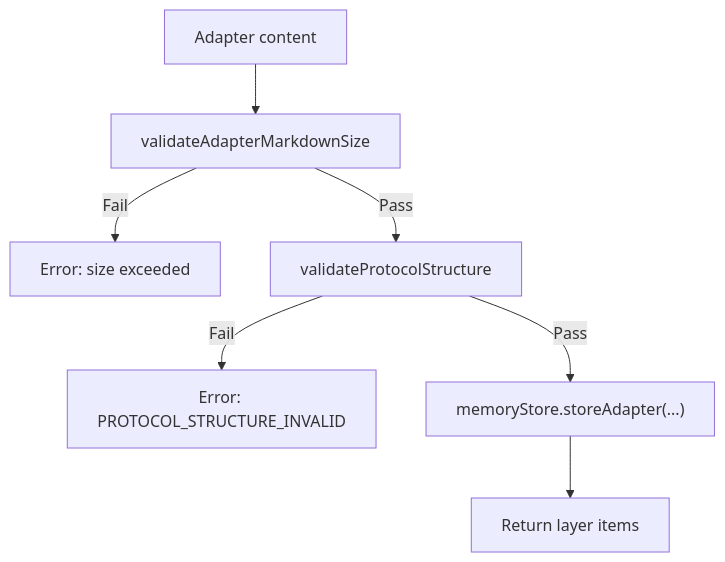
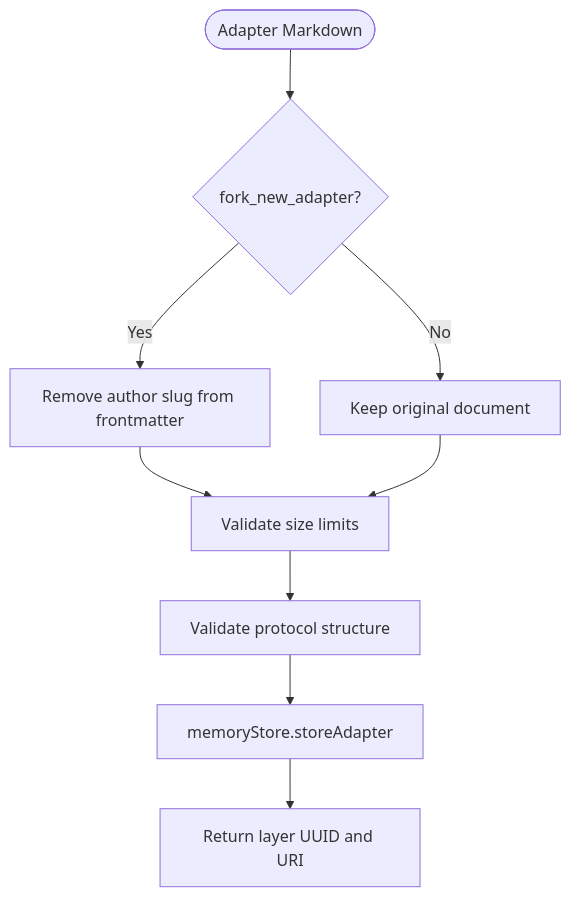
The fifth of 12 diagrams in .qoder/repowiki/en/content/MCP Tools Reference/Train Tool.md (SquadRules/mcp), drawn with Mermaid before and after one commit. The commit also changed other lines of this file and 553 other files, not shown here.

````diff
--- a/.qoder/repowiki/en/content/MCP Tools Reference/Train Tool.md
+++ b/.qoder/repowiki/en/content/MCP Tools Reference/Train Tool.md
@@ -297,9 +213,11 @@
 ```mermaid
 flowchart TD
-S["Adapter content"] --> SizeCheck["validateAdapterMarkdownSize"]
-SizeCheck --> |Fail| SizeError["Error: size exceeded"]
-SizeCheck --> |Pass| Structure["validateProtocolStructure"]
-Structure --> |Fail| StructError["Error: PROTOCOL_STRUCTURE_INVALID"]
-Structure --> |Pass| Persist["memoryStore.storeAdapter(...)"]
-Persist --> Result["Return layer items"]
+Start(["Adapter Markdown"]) --> ForkCheck{"fork_new_adapter?"}
+ForkCheck --> |Yes| StripSlug["Remove author slug from frontmatter"]
+ForkCheck --> |No| KeepDoc["Keep original document"]
+StripSlug --> SizeCheck["Validate size limits"]
+KeepDoc --> SizeCheck
+SizeCheck --> ProtocolCheck["Validate protocol structure"]
+ProtocolCheck --> StoreAdapter["memoryStore.storeAdapter"]
+StoreAdapter --> OutputLayer["Return layer UUID and URI"]
 ```
````
